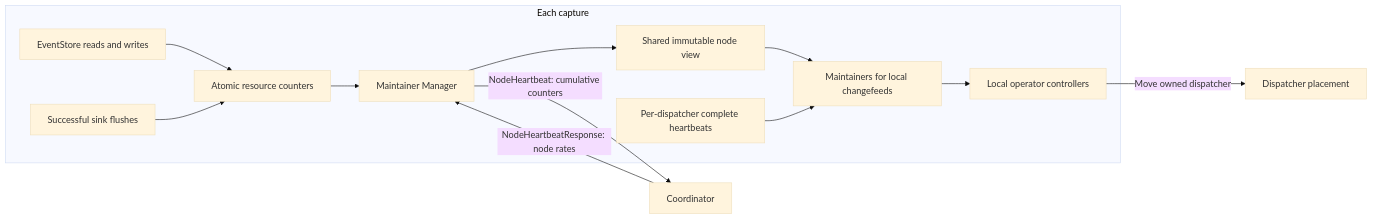
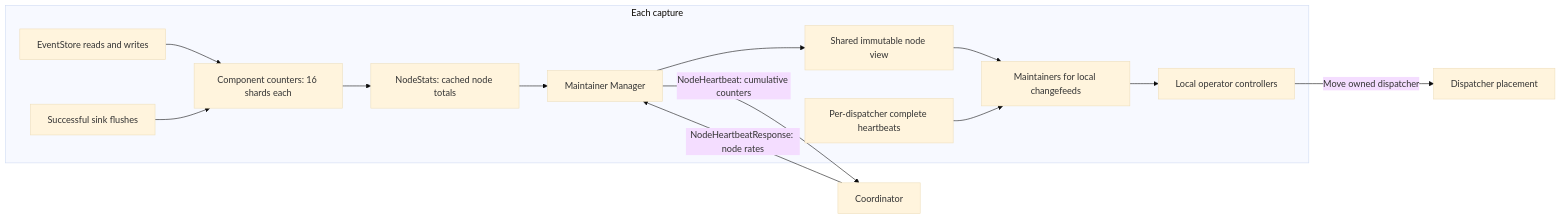
Before and after one commit to pingcap/ticdc: the diagram in docs/design/2026-11-24-ticdc-node-resource-balancing.md, drawn with Mermaid (base theme). The commit also changed other lines of this file, not shown here.

````diff
--- a/docs/design/2026-11-24-ticdc-node-resource-balancing.md
+++ b/docs/design/2026-11-24-ticdc-node-resource-balancing.md
@@ -46,15 +46,16 @@
 ```mermaid
 flowchart LR
     subgraph Capture[Each capture]
-        ES[EventStore reads and writes] --> Counters[Atomic resource counters]
+        ES[EventStore reads and writes] --> Counters[Component counters: 16 shards each]
         Sink[Successful sink flushes] --> Counters
-        Counters --> Manager[Maintainer Manager]
+        Counters --> Stats[NodeStats: cached node totals]
+        Stats --> Manager[Maintainer Manager]
         Manager --> Tracker[Shared immutable node view]
         Tracker --> Maintainers[Maintainers for local changefeeds]
         Details[Per-dispatcher complete heartbeats] --> Maintainers
         Maintainers --> Operators[Local operator controllers]
     end
     Manager -->|NodeHeartbeat: cumulative counters| Coordinator
     Coordinator -->|NodeHeartbeatResponse: node rates| Manager
     Operators -->|Move owned dispatcher| Placement[Dispatcher placement]
 ```
````
